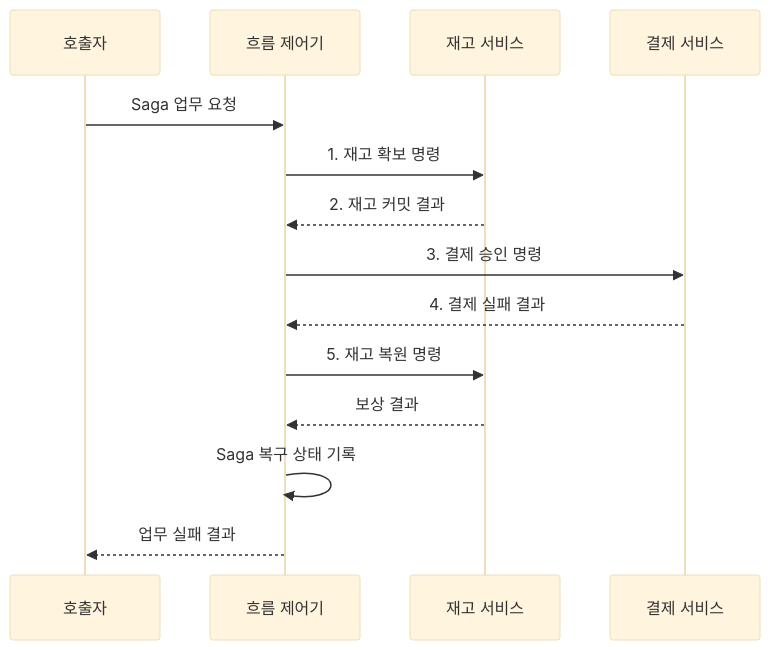
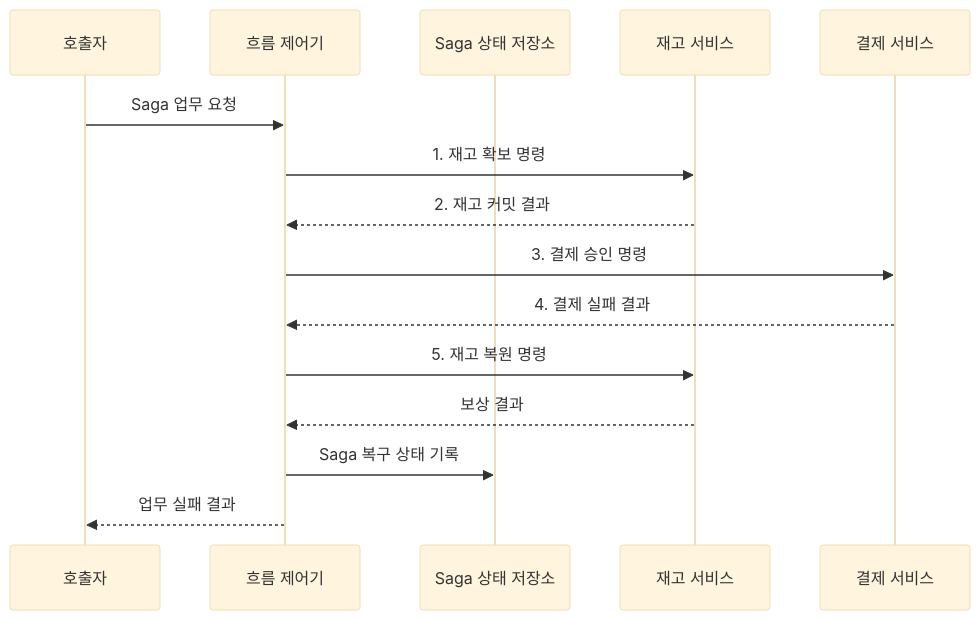
One commit to agnusdei1207/knowledge-base changed the second of 2 diagrams in src/content/docs/notes/03-software/044_saga_pattern.md. Above: the diagram before and after it, drawn with Mermaid (base theme). The commit also changed other lines of this file and 10 other files, not shown here.

````diff
--- a/src/content/docs/notes/03-software/044_saga_pattern.md
+++ b/src/content/docs/notes/03-software/044_saga_pattern.md
@@ -103,16 +103,17 @@
 ```mermaid
 sequenceDiagram
     participant C as 호출자
     participant F as 흐름 제어기
+    participant T as Saga 상태 저장소
     participant I as 재고 서비스
     participant P as 결제 서비스
     C->>F: Saga 업무 요청
     F->>I: 1. 재고 확보 명령
     I-->>F: 2. 재고 커밋 결과
     F->>P: 3. 결제 승인 명령
     P-->>F: 4. 결제 실패 결과
     F->>I: 5. 재고 복원 명령
     I-->>F: 보상 결과
-    F->>F: Saga 복구 상태 기록
+    F->>T: Saga 복구 상태 기록
     F-->>C: 업무 실패 결과
 ```
````
